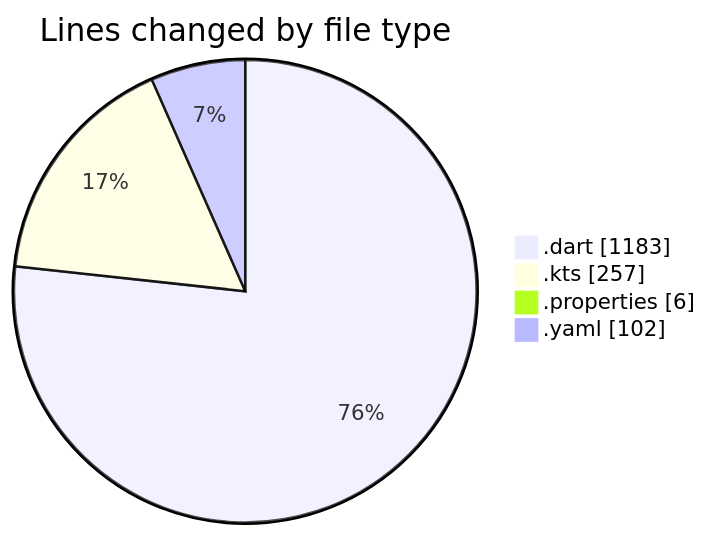
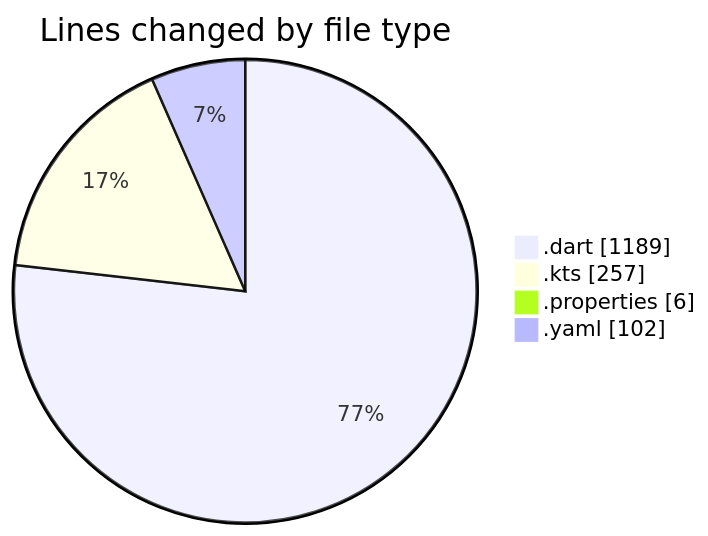
One commit to donsfak/code-tracking changed the first of 2 diagrams in 2025-02-24/drivers_app/README.md. Above: the diagram before and after it, drawn with Mermaid. The commit also changed other lines of this file and 1 other file, not shown here.

````diff
--- a/2025-02-24/drivers_app/README.md
+++ b/2025-02-24/drivers_app/README.md
@@ -27,8 +27,8 @@
 ```mermaid
 pie showData
 title Lines changed by file type
-".dart" : 1183
+".dart" : 1189
 ".kts" : 257
 ".properties" : 6
 ".yaml" : 102
 ```
````
